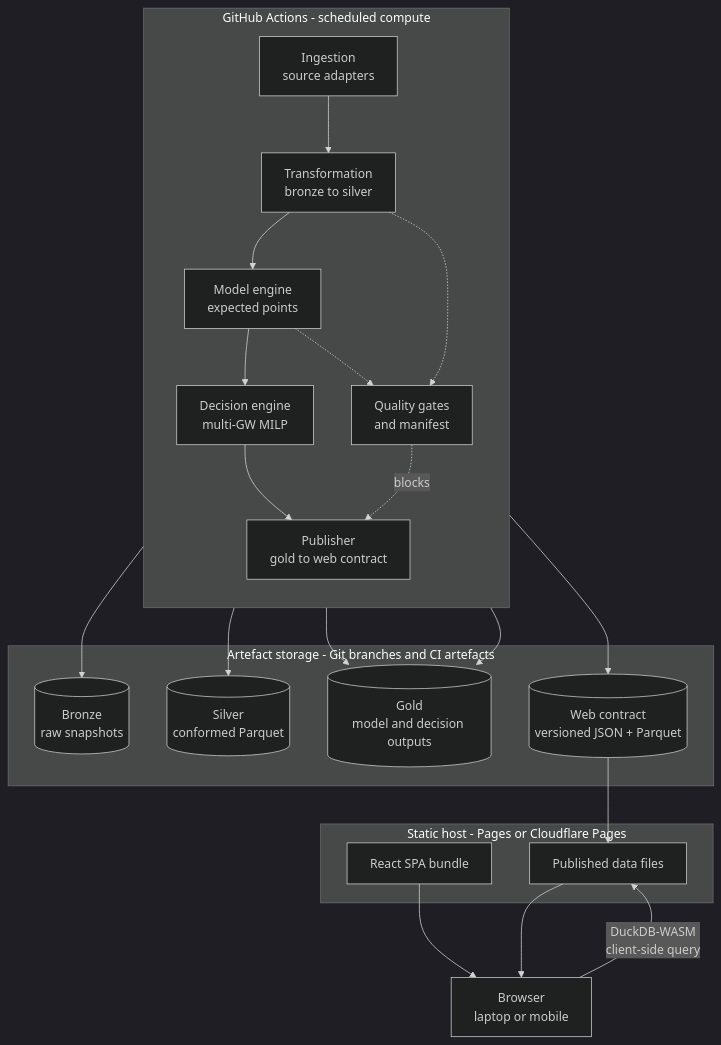
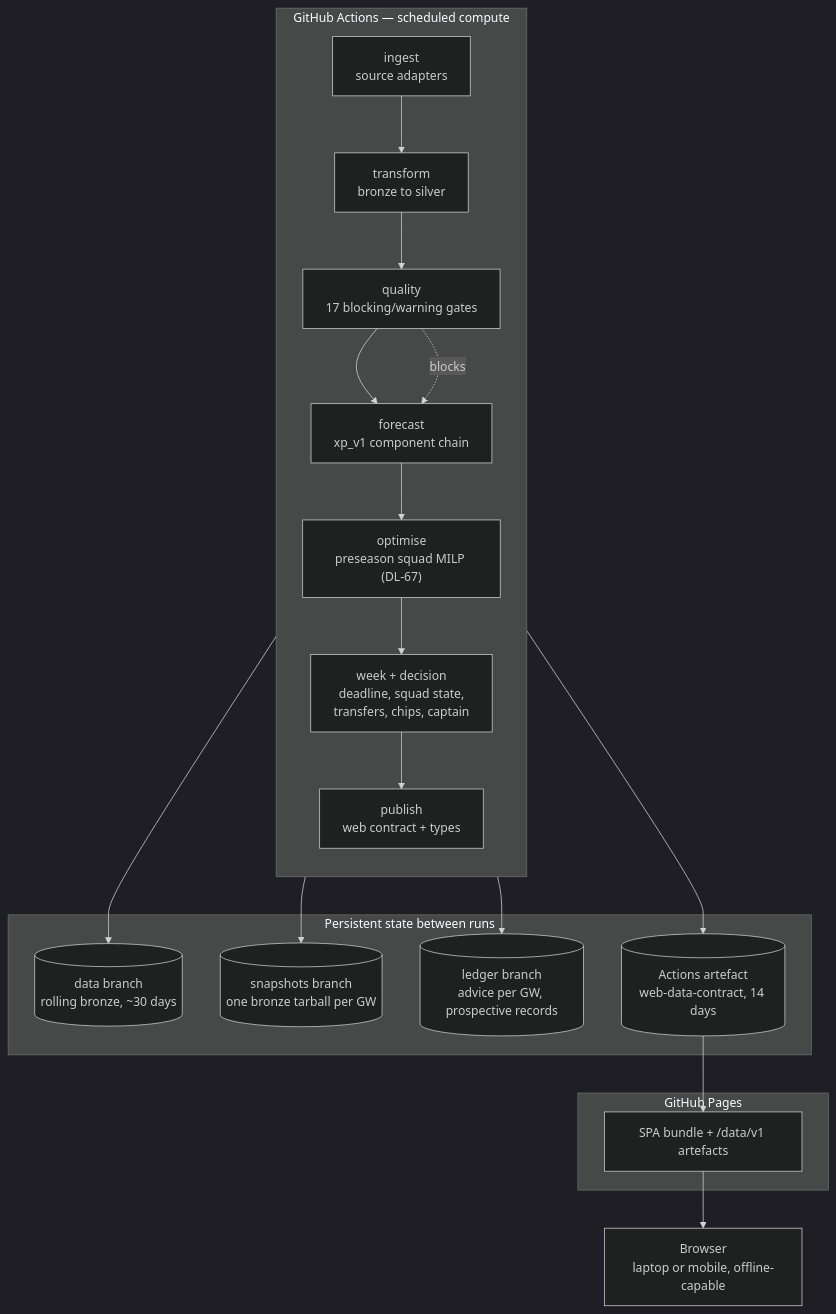
The second of 4 diagrams in docs/planning/03-solution-architecture.md (talonegg/fpl_dof2), drawn with Mermaid (dark theme) before and after one commit. The commit also changed other lines of this file and 136 other files, not shown here.

````diff
--- a/docs/planning/03-solution-architecture.md
+++ b/docs/planning/03-solution-architecture.md
@@ -70,41 +84,35 @@
 ```mermaid
 graph TB
-    subgraph gh["GitHub Actions - scheduled compute"]
+    subgraph gh["GitHub Actions — scheduled compute"]
         direction TB
-        ING["Ingestion<br/>source adapters"]
-        TRF["Transformation<br/>bronze to silver"]
-        MOD["Model engine<br/>expected points"]
-        OPT["Decision engine<br/>multi-GW MILP"]
-        PUB["Publisher<br/>gold to web contract"]
-        QUA["Quality gates<br/>and manifest"]
+        ING["ingest<br/>source adapters"]
+        TRF["transform<br/>bronze to silver"]
+        QUA["quality<br/>17 blocking/warning gates"]
+        FC["forecast<br/>xp_v1 component chain"]
+        OPT["optimise<br/>preseason squad MILP (DL-67)"]
+        WK["week + decision<br/>deadline, squad state,<br/>transfers, chips, captain"]
+        PUB["publish<br/>web contract + types"]
 
-        ING --> TRF --> MOD --> OPT --> PUB
-        QUA -.->|"blocks"| PUB
-        TRF -.-> QUA
-        MOD -.-> QUA
+        ING --> TRF --> QUA --> FC --> OPT --> WK --> PUB
+        QUA -.->|"blocks"| FC
     end
 
-    subgraph store["Artefact storage - Git branches and CI artefacts"]
-        BRZ[("Bronze<br/>raw snapshots")]
-        SLV[("Silver<br/>conformed Parquet")]
-        GLD[("Gold<br/>model and decision outputs")]
-        WEB[("Web contract<br/>versioned JSON + Parquet")]
+    subgraph store["Persistent state between runs"]
+        DATA[("data branch<br/>rolling bronze, ~30 days")]
+        SNAP[("snapshots branch<br/>one bronze tarball per GW")]
+        LEDG[("ledger branch<br/>advice per GW, prospective records")]
+        ARTF[("Actions artefact<br/>web-data-contract, 14 days")]
     end
 
-    subgraph cdn["Static host - Pages or Cloudflare Pages"]
-        SITE["React SPA bundle"]
-        DATA["Published data files"]
+    subgraph cdn["GitHub Pages"]
+        SITE["SPA bundle + /data/v1 artefacts"]
     end
 
-    BROWSER["Browser<br/>laptop or mobile"]
+    BROWSER["Browser<br/>laptop or mobile, offline-capable"]
 
-    ING --> BRZ
-    TRF --> SLV
-    MOD --> GLD
-    OPT --> GLD
-    PUB --> WEB
-    WEB --> DATA
+    ING --> DATA
+    ING --> SNAP
+    WK --> LEDG
+    PUB --> ARTF --> SITE
     SITE --> BROWSER
-    DATA --> BROWSER
-    BROWSER -->|"DuckDB-WASM<br/>client-side query"| DATA
 ```
````
